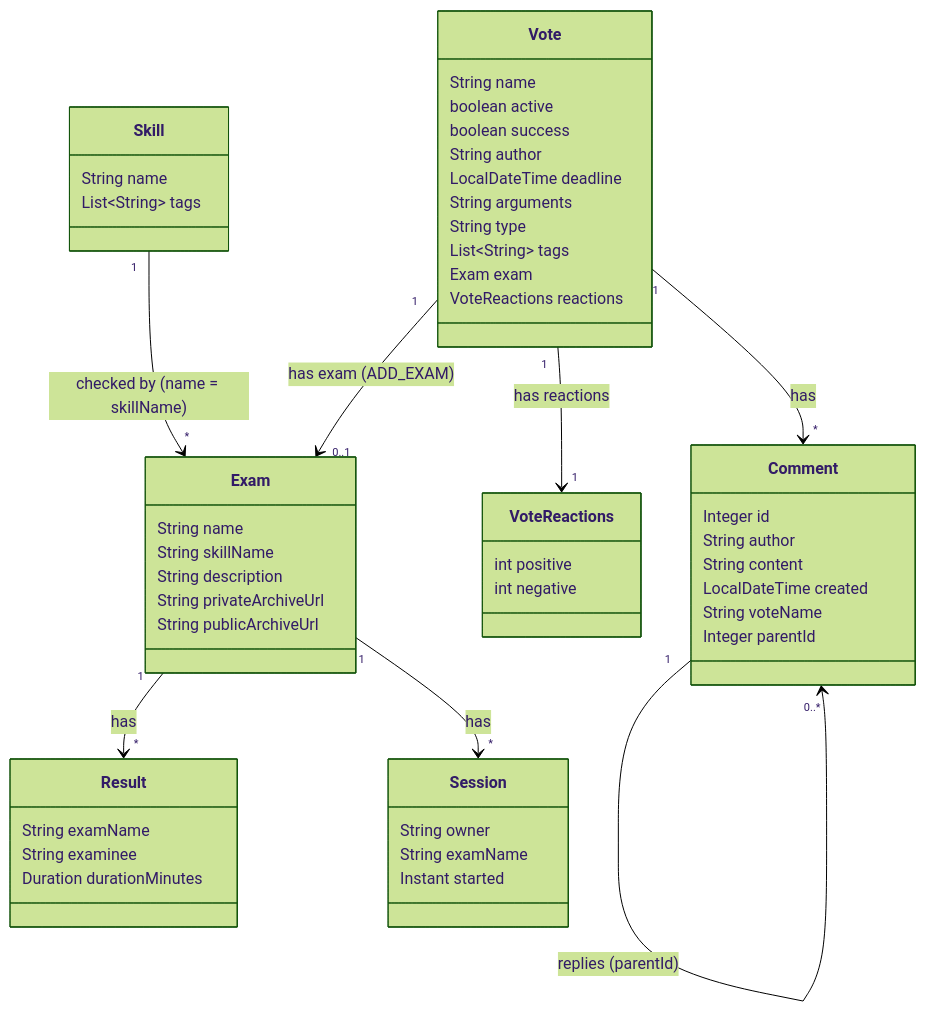
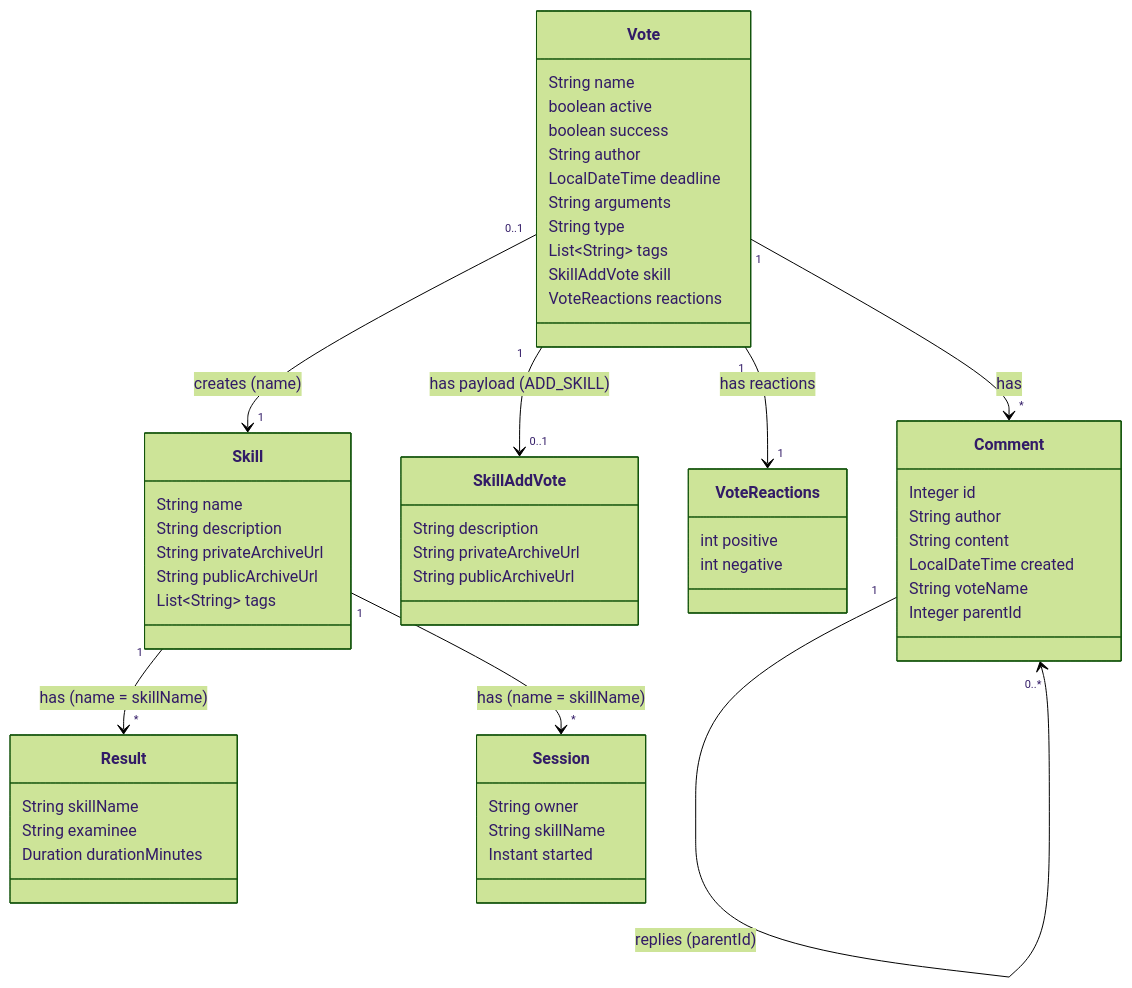
The second of 6 diagrams in README.md (Provve/back), drawn with Mermaid (forest theme) before and after one commit. The commit also changed other lines of this file and 4 other files, not shown here.

````diff
--- a/README.md
+++ b/README.md
@@ -41,62 +41,63 @@
 ```mermaid
 classDiagram
     class Skill {
         String name
-        List~String~ tags
-    }
-
-    class Exam {
-        String name
-        String skillName
         String description
         String privateArchiveUrl
         String publicArchiveUrl
+        List~String~ tags
     }
 
     class Vote {
         String name
         boolean active
         boolean success
         String author
         LocalDateTime deadline
         String arguments
         String type
         List~String~ tags
-        Exam exam
+        SkillAddVote skill
         VoteReactions reactions
+    }
+
+    class SkillAddVote {
+        String description
+        String privateArchiveUrl
+        String publicArchiveUrl
     }
 
     class VoteReactions {
         int positive
         int negative
     }
 
     class Comment {
         Integer id
         String author
         String content
         LocalDateTime created
         String voteName
         Integer parentId
     }
 
     class Result {
-        String examName
+        String skillName
         String examinee
         Duration durationMinutes
     }
 
     class Session {
         String owner
-        String examName
+        String skillName
         Instant started
     }
 
-    Skill "1" --> "*" Exam : checked by (name = skillName)
-    Exam "1" --> "*" Result : has
-    Exam "1" --> "*" Session : has
+    Skill "1" --> "*" Result: has (name = skillName)
+    Skill "1" --> "*" Session: has (name = skillName)
     Vote "1" --> "*" Comment : has
     Vote "1" --> "1" VoteReactions : has reactions
-    Vote "1" --> "0..1" Exam : has exam (ADD_EXAM)
+    Vote "1" --> "0..1" SkillAddVote: has payload (ADD_SKILL)
+    Vote "0..1" --> "1" Skill: creates (name)
     Comment "1" --> "0..*" Comment : replies (parentId)
 ```
````
